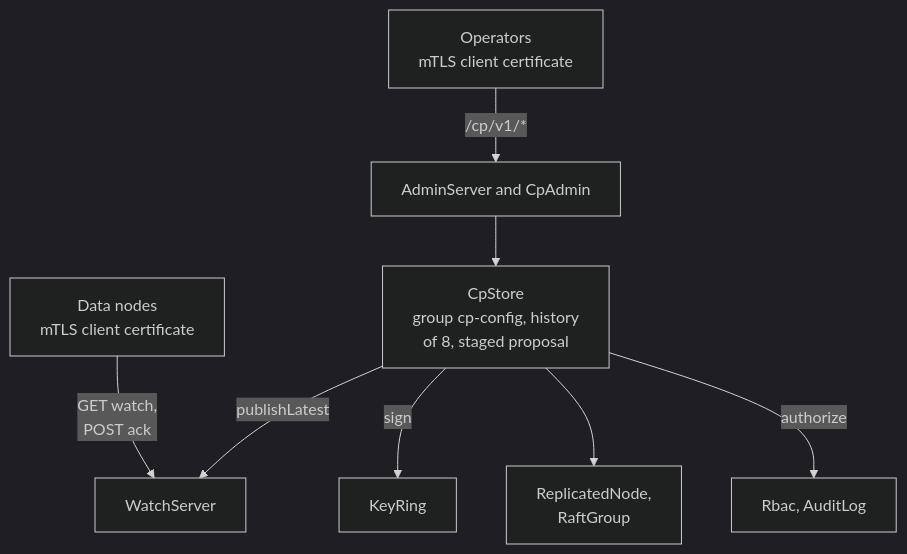
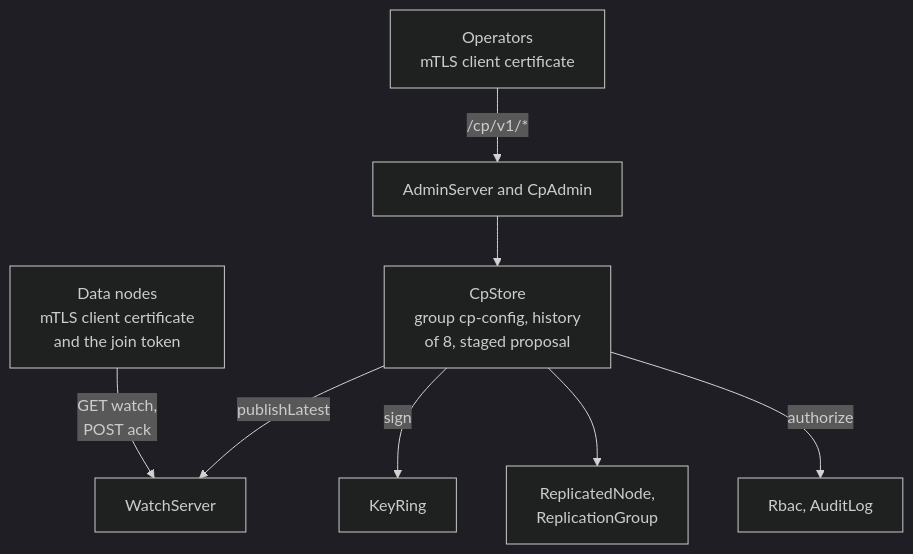
One commit to BlivionIaG/sjws_nettask changed the second of 3 diagrams in docs/design/control-plane-hosting.md. Above: the diagram before and after it, drawn with Mermaid (dark theme). The commit also changed other lines of this file and 19 other files, not shown here.

First line of the commit message:
docs: fix the diagrams the fact-check found imprecise

````diff
--- a/docs/design/control-plane-hosting.md
+++ b/docs/design/control-plane-hosting.md
@@ -50,10 +50,10 @@
 ```mermaid
 flowchart TB
     ops["Operators<br/>mTLS client certificate"] -->|"/cp/v1/*"| adm["AdminServer and CpAdmin"]
-    nodes["Data nodes<br/>mTLS client certificate"] -->|"GET watch,<br/>POST ack"| wat["WatchServer"]
+    nodes["Data nodes<br/>mTLS client certificate<br/>and the join token"] -->|"GET watch,<br/>POST ack"| wat["WatchServer"]
     adm --> store["CpStore<br/>group cp-config, history<br/>of 8, staged proposal"]
     store -->|"authorize"| rbac["Rbac, AuditLog"]
-    store --> raft["ReplicatedNode,<br/>RaftGroup"]
+    store --> raft["ReplicatedNode,<br/>ReplicationGroup"]
     store -->|"sign"| keys["KeyRing"]
     store -->|"publishLatest"| wat
 ```
````
